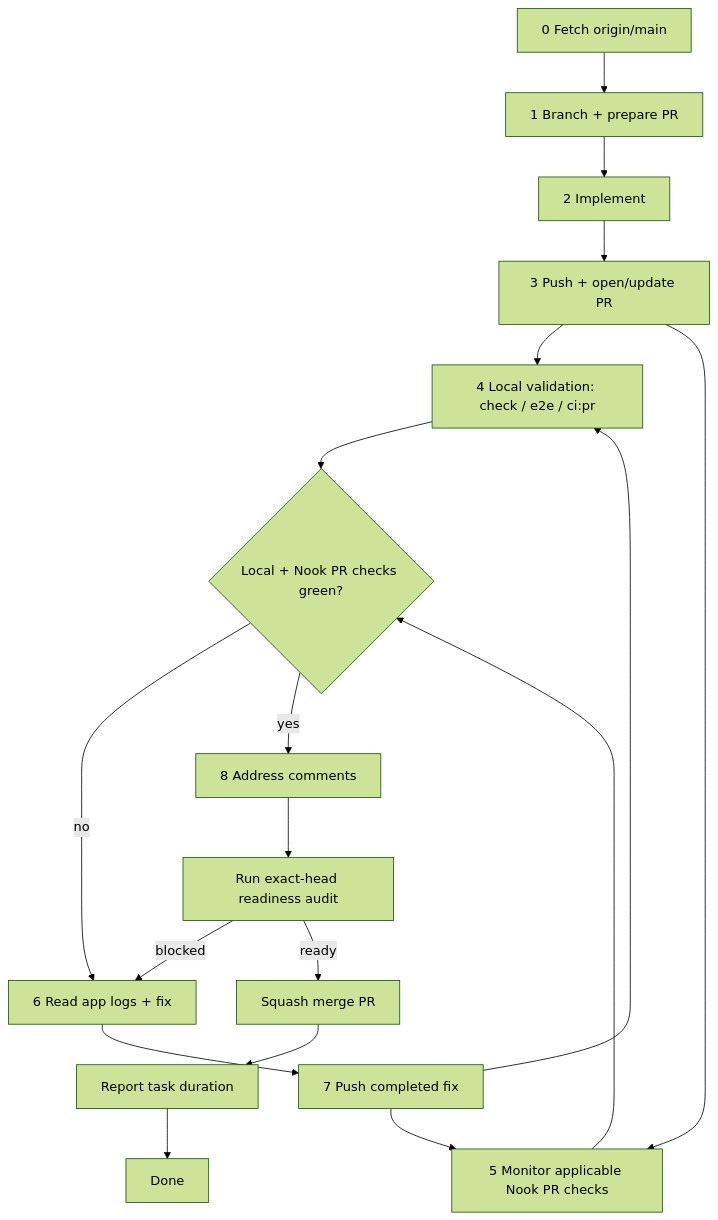
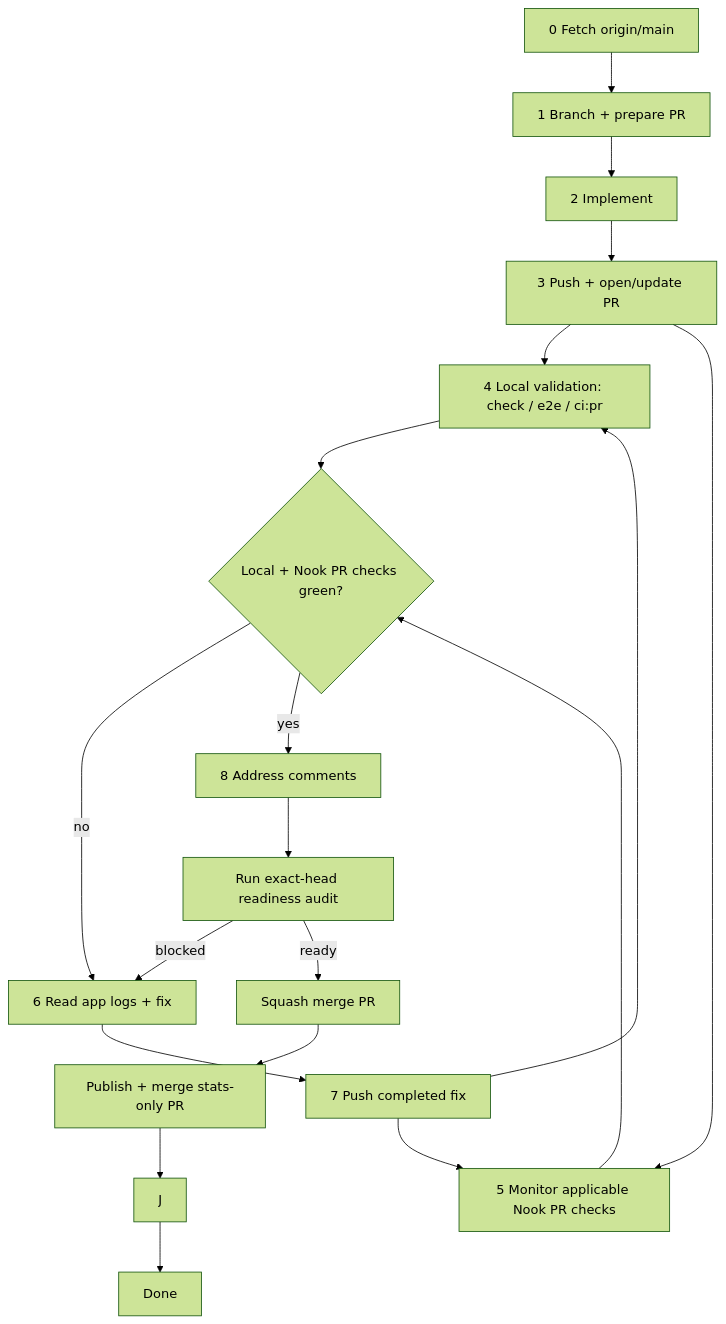
The diagram in .cortex/workflows/pull-requests.md (meta-secret/nook), drawn with Mermaid (forest theme) before and after one commit. The commit also changed other lines of this file and 8 other files, not shown here.

````diff
--- a/.cortex/workflows/pull-requests.md
+++ b/.cortex/workflows/pull-requests.md
@@ -51,20 +51,21 @@
 ```mermaid
 flowchart TD
   Z[0 Fetch origin/main] --> A[1 Branch + prepare PR]
   A --> I[2 Implement]
   I --> E[3 Push + open/update PR]
   E --> B[4 Local validation: check / e2e / ci:pr]
   E --> F[5 Monitor applicable Nook PR checks]
   B --> G{Local + Nook PR checks green?}
   F --> G
   G -->|no| H[6 Read app logs + fix]
   H --> PUSH[7 Push completed fix]
   PUSH --> B
   PUSH --> F
   G -->|yes| C[8 Address comments]
   C --> R[Run exact-head readiness audit]
   R -->|blocked| H
   R -->|ready| M[Squash merge PR]
-  M --> J[Report task duration]
+  M --> S[Publish + merge stats-only PR]
+  S --> J
   J --> K[Done]
 ```
````
